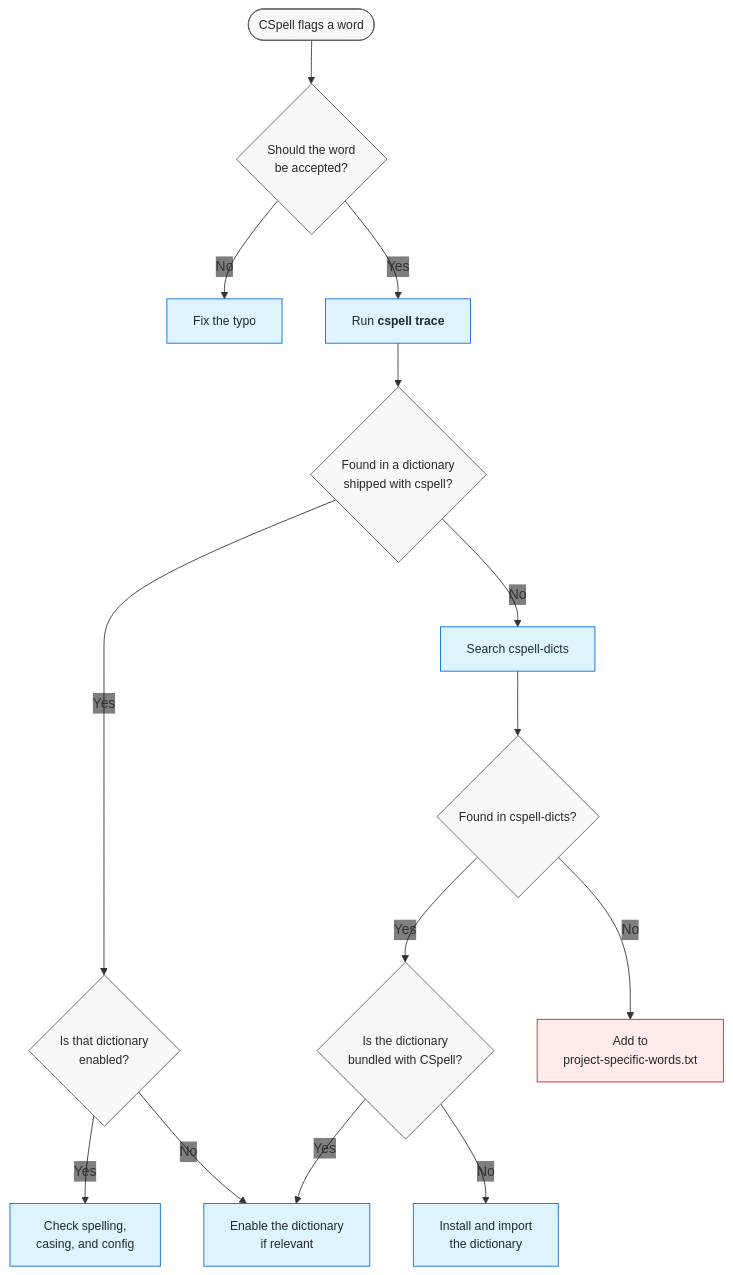
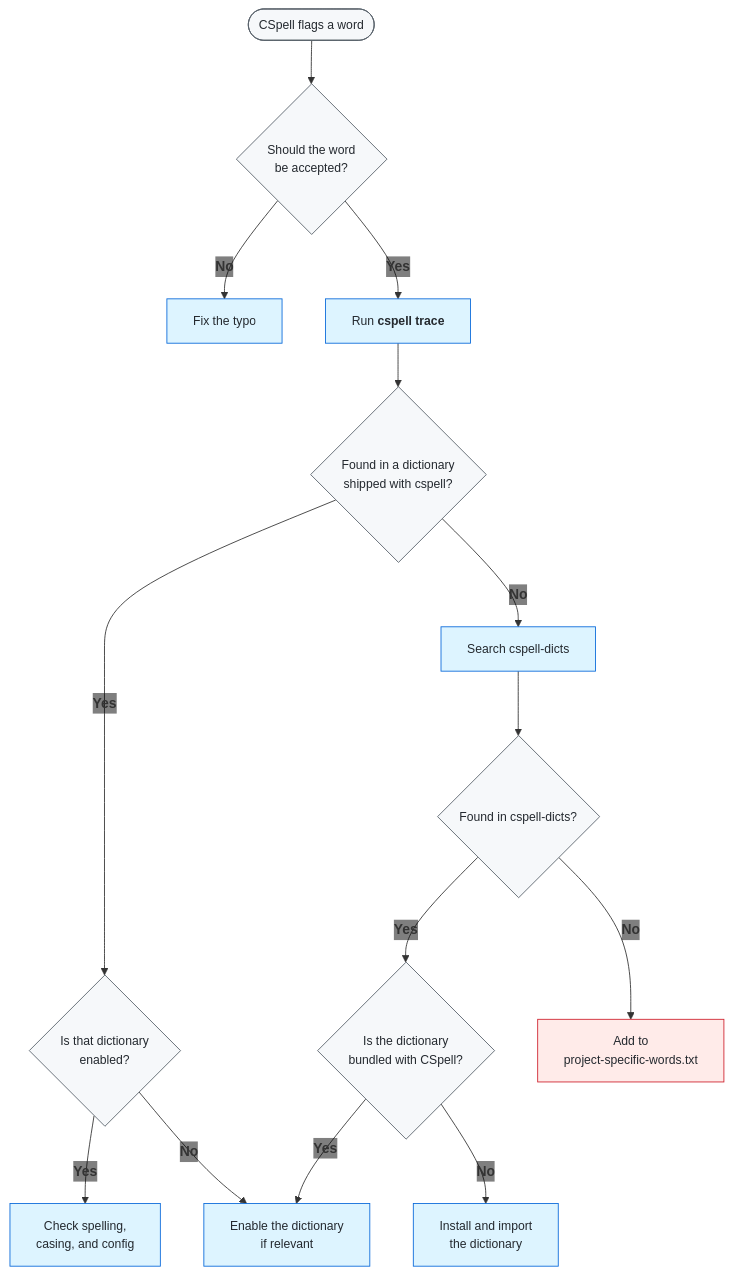
One commit to ScilifelabDataCentre/data-centre-template changed the diagram in .config/cspell/README.md. Above: the diagram before and after it, drawn with Mermaid.

Commit message:
config didn't work so using markdown

````diff
--- a/.config/cspell/README.md
+++ b/.config/cspell/README.md
@@ -75,36 +75,35 @@
 ```mermaid
 ---
 config:
   themeVariables:
     edgeLabelBackground: transparent
-    edgeLabelFontWeight: "700"
 ---
 flowchart TD
     A([CSpell flags a word]) --> B{Should the word<br/>be accepted?}
 
-    B -->|No| C[Fix the typo]
-    B -->|Yes| D["`Run **cspell trace**`"]
+    B -->|"`**No**`"| C[Fix the typo]
+    B -->|"`**Yes**`"| D["`Run **cspell trace**`"]
 
     D --> E{"`Found in a dictionary<br/>shipped with cspell?`"}
 
-    E -->|Yes| F{"`Is that dictionary<br/>enabled?`"}
-    F -->|Yes| G[Check spelling,<br/>casing, and config]
-    F -->|No| H[Enable the dictionary<br/>if relevant]
+    E -->|"`**Yes**`"| F{"`Is that dictionary<br/>enabled?`"}
+    F -->|"`**Yes**`"| G[Check spelling,<br/>casing, and config]
+    F -->|"`**No**`"| H[Enable the dictionary<br/>if relevant]
 
-    E -->|No| I[Search cspell-dicts]
+    E -->|"`**No**`"| I[Search cspell-dicts]
     I --> J{"`Found in cspell-dicts?`"}
 
-    J -->|Yes| K{"`Is the dictionary<br/>bundled with CSpell?`"}
-    K -->|Yes| H
-    K -->|No| L[Install and import<br/>the dictionary]
+    J -->|"`**Yes**`"| K{"`Is the dictionary<br/>bundled with CSpell?`"}
+    K -->|"`**Yes**`"| H
+    K -->|"`**No**`"| L[Install and import<br/>the dictionary]
 
-    J -->|No| M[Add to<br/>project-specific-words.txt]
+    J -->|"`**No**`"| M[Add to<br/>project-specific-words.txt]
 
     classDef neutral fill:#f6f8fa,stroke:#57606a,color:#24292f,font-size:14px;
     classDef do fill:#ddf4ff,stroke:#0969da,color:#24292f,font-size:14px;
     classDef fallback fill:#ffebe9,stroke:#cf222e,color:#24292f,font-size:14px;
 
     class A,B,E,F,J,K neutral; 
     class C,D,G,H,I,L do;
     class M fallback;
 ```
````
